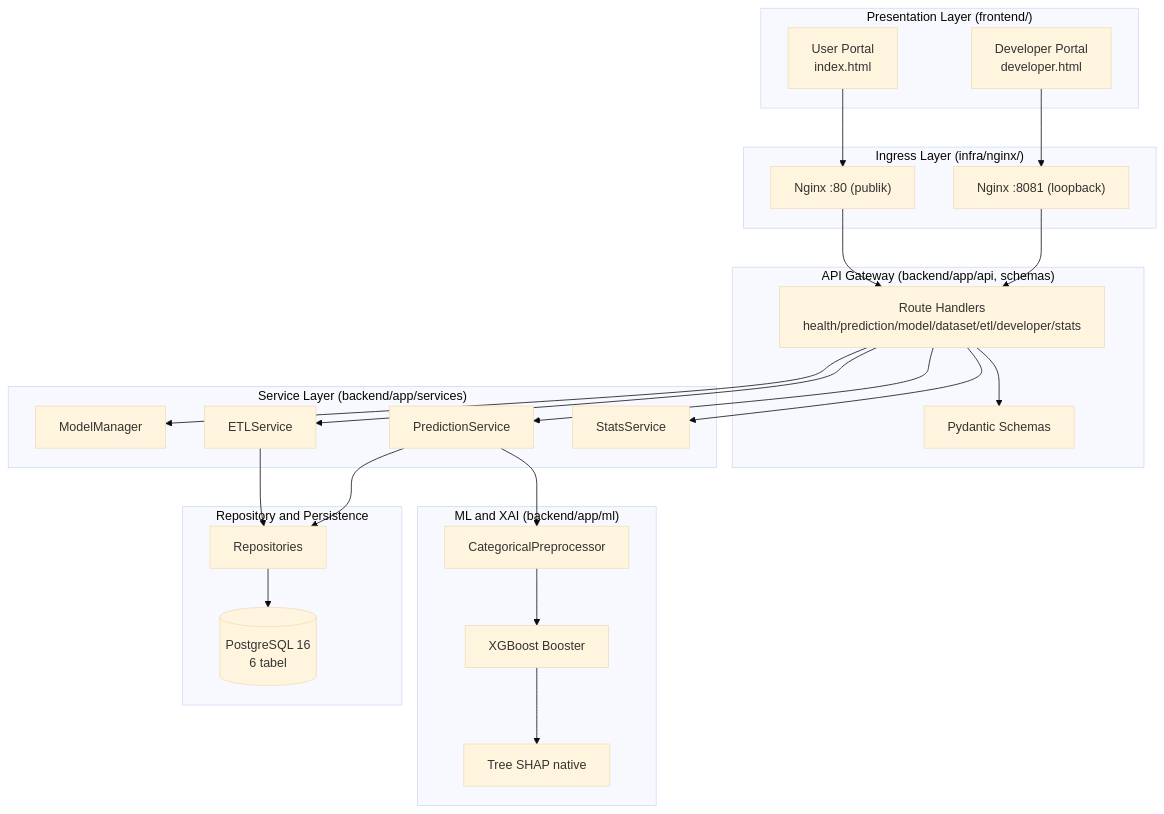
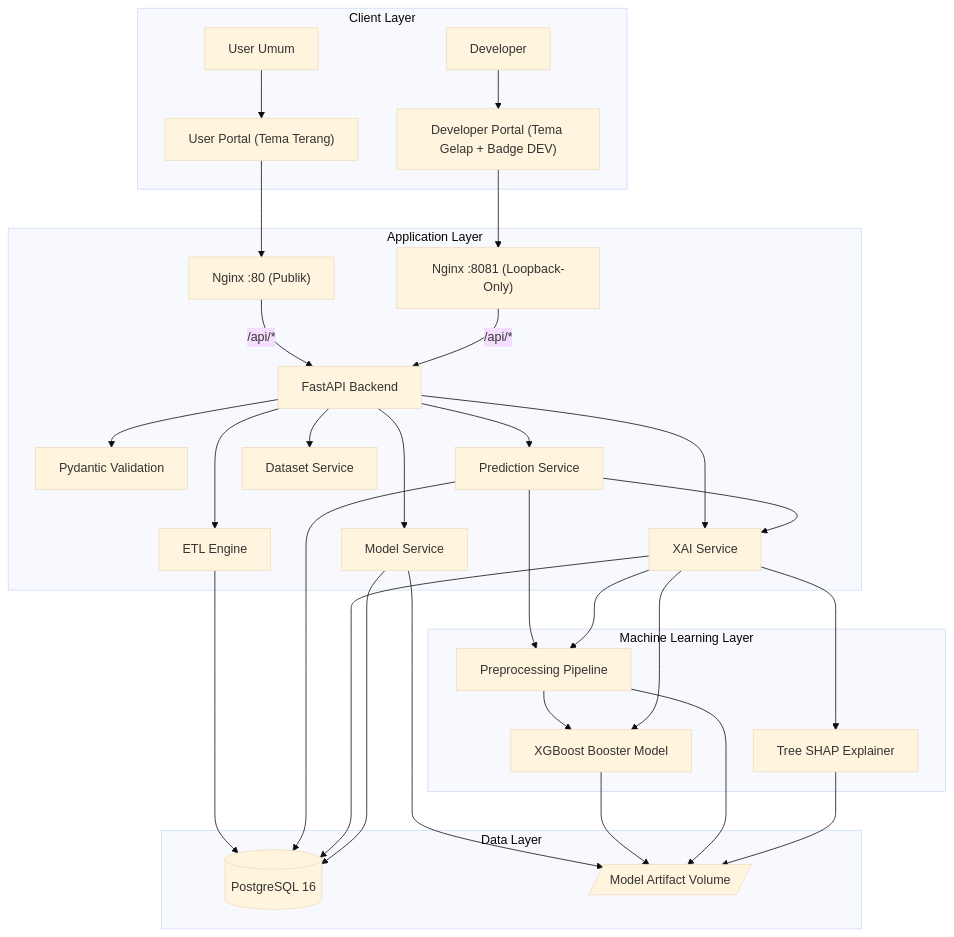
The tenth of 13 diagrams in README.md (RistoKuy/XAI_Car_CP), drawn with Mermaid (base theme) before and after one commit. The commit also changed other lines of this file, not shown here.

````diff
--- a/README.md
+++ b/README.md
@@ -1088,41 +1210,55 @@
 ```mermaid
 flowchart TB
-    subgraph P["Presentation Layer (frontend/)"]
-        UP["User Portal\nindex.html"]
-        DP["Developer Portal\ndeveloper.html"]
+    subgraph Client[Client Layer]
+        U[User Umum]
+        D[Developer]
+        FE["User Portal (Tema Terang)"]
+        DEV["Developer Portal (Tema Gelap + Badge DEV)"]
     end
-    subgraph I["Ingress Layer (infra/nginx/)"]
-        N80["Nginx :80 (publik)"]
-        N8081["Nginx :8081 (loopback)"]
+    subgraph App[Application Layer]
+        N80["Nginx :80 (Publik)"]
+        N8081["Nginx :8081 (Loopback-Only)"]
+        F[FastAPI Backend]
+        V[Pydantic Validation]
+        S[Prediction Service]
+        X[XAI Service]
+        DM[Dataset Service]
+        ETL[ETL Engine]
+        MS[Model Service]
     end
-    subgraph G["API Gateway (backend/app/api, schemas)"]
-        RT["Route Handlers\nhealth/prediction/model/dataset/etl/developer/stats"]
-        SC["Pydantic Schemas"]
+    subgraph ML[Machine Learning Layer]
+        P[Preprocessing Pipeline]
+        M[XGBoost Booster Model]
+        SH[Tree SHAP Explainer]
     end
-    subgraph S["Service Layer (backend/app/services)"]
-        MM["ModelManager"]
-        PS["PredictionService"]
-        ES["ETLService"]
-        SS["StatsService"]
+    subgraph Data[Data Layer]
+        PG[(PostgreSQL 16)]
+        FS[/Model Artifact Volume/]
     end
-    subgraph M["ML and XAI (backend/app/ml)"]
-        CP["CategoricalPreprocessor"]
-        BM["XGBoost Booster"]
-        SH["Tree SHAP native"]
-    end
-    subgraph R["Repository and Persistence"]
-        REP["Repositories"]
-        PG[("PostgreSQL 16\n6 tabel")]
-    end
-    UP --> N80 --> RT
-    DP --> N8081 --> RT
-    RT --> SC
-    RT --> MM
-    RT --> PS
-    RT --> ES
-    RT --> SS
-    PS --> CP --> BM --> SH
-    ES --> REP
-    PS --> REP
-    REP --> PG
+    U --> FE
+    D --> DEV
+    FE --> N80
+    DEV --> N8081
+    N80 -->|"/api/*"| F
+    N8081 -->|"/api/*"| F
+    F --> V
+    F --> S
+    F --> X
+    F --> DM
+    F --> ETL
+    F --> MS
+    S --> P
+    P --> M
+    S --> X
+    X --> SH
+    X --> M
+    X --> P
+    ETL --> PG
+    S --> PG
+    X --> PG
+    MS --> PG
+    MS --> FS
+    M --> FS
+    P --> FS
+    SH --> FS
 ```
````
